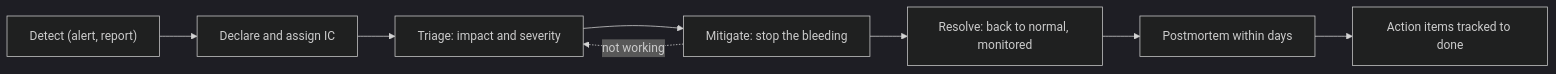
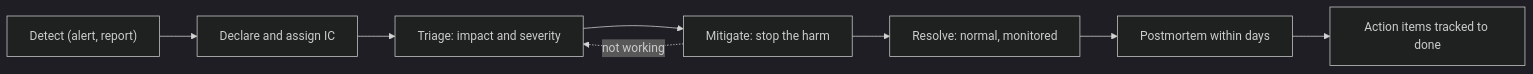
One commit to thull32/ascend changed the diagram in content/tracks/13-senior-craft/03-technical-leadership/05-incidents-and-postmortems.md. Above: the diagram before and after it, drawn with Mermaid (dark theme). The commit also changed other lines of this file and 7 other files, not shown here.

````diff
--- a/content/tracks/13-senior-craft/03-technical-leadership/05-incidents-and-postmortems.md
+++ b/content/tracks/13-senior-craft/03-technical-leadership/05-incidents-and-postmortems.md
@@ -39,10 +47,10 @@
 ```mermaid
 flowchart LR
     D["Detect (alert, report)"] --> Dc["Declare and assign IC"]
     Dc --> T["Triage: impact and severity"]
-    T --> M["Mitigate: stop the bleeding"]
-    M --> R["Resolve: back to normal, monitored"]
+    T --> M["Mitigate: stop the harm"]
+    M --> R["Resolve: normal, monitored"]
     R --> P["Postmortem within days"]
     P --> A["Action items tracked to done"]
     M -. "not working" .-> T
 ```
````
